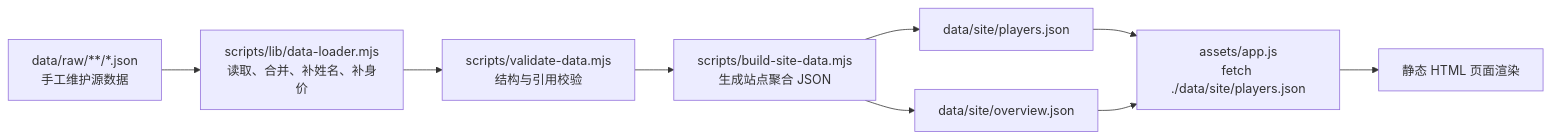
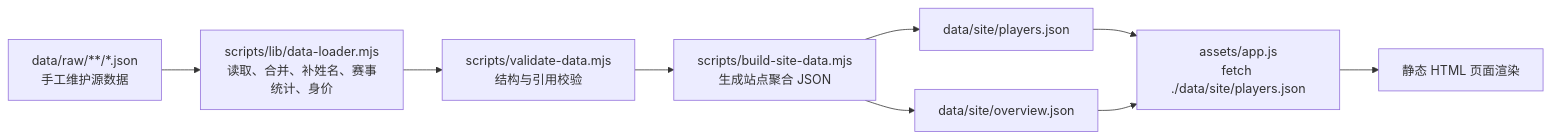
Before and after one commit to pacoxu/football-research-sandbox: the first of 2 diagrams in docs/data-flow.md, drawn with Mermaid. The commit also changed other lines of this file and 30 other files, not shown here.

````diff
--- a/docs/data-flow.md
+++ b/docs/data-flow.md
@@ -9,11 +9,11 @@
 ```mermaid
 flowchart LR
-  Raw["data/raw/**/*.json<br/>手工维护源数据"] --> Loader["scripts/lib/data-loader.mjs<br/>读取、合并、补姓名、补身价"]
+  Raw["data/raw/**/*.json<br/>手工维护源数据"] --> Loader["scripts/lib/data-loader.mjs<br/>读取、合并、补姓名、赛事统计、身价"]
   Loader --> Validate["scripts/validate-data.mjs<br/>结构与引用校验"]
   Validate --> Build["scripts/build-site-data.mjs<br/>生成站点聚合 JSON"]
   Build --> SitePlayers["data/site/players.json"]
   Build --> SiteOverview["data/site/overview.json"]
   SitePlayers --> Browser["assets/app.js<br/>fetch ./data/site/players.json"]
   SiteOverview --> Browser
   Browser --> Pages["静态 HTML 页面渲染"]
 ```
````
